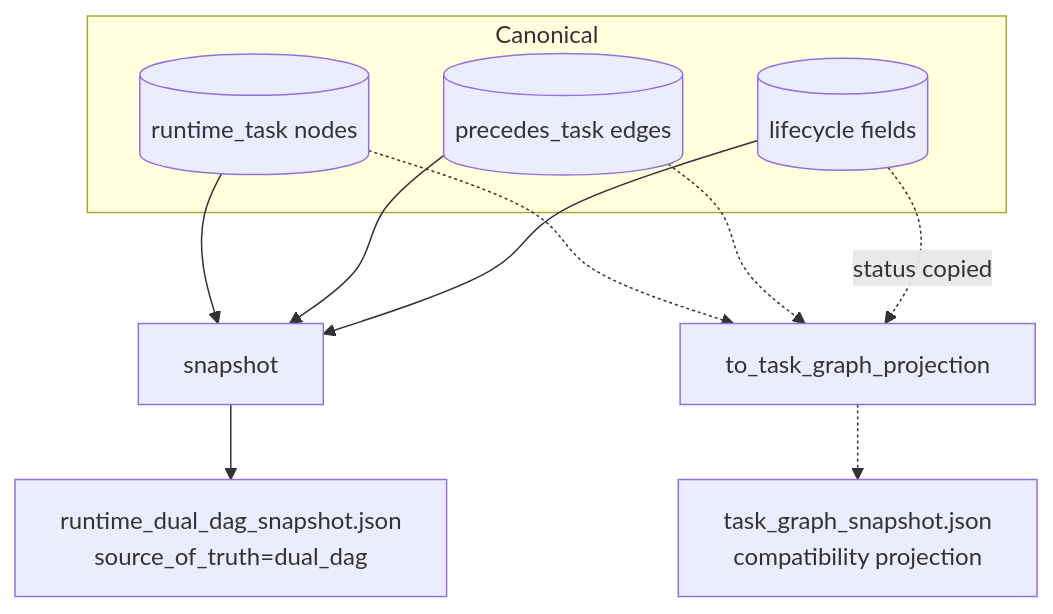
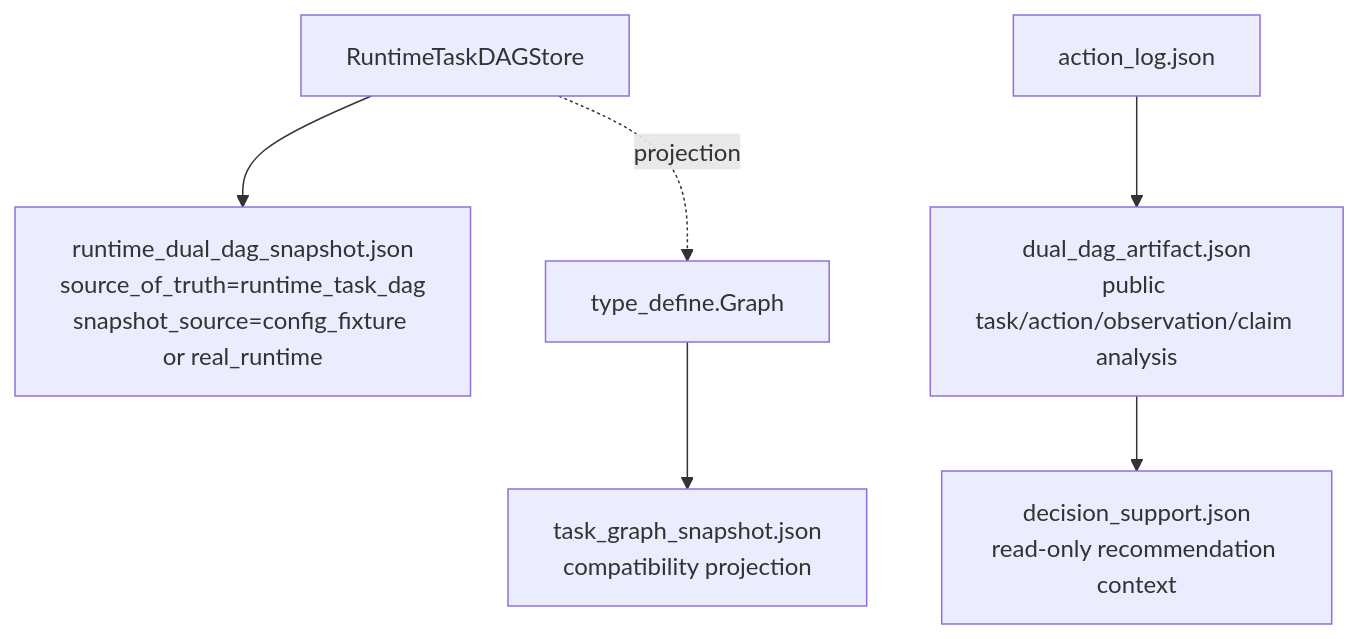
One commit to uPiscium/VillagerAgent changed the fifth of 6 diagrams in docs/architecture.md. Above: the diagram before and after it, drawn with Mermaid. The commit also changed other lines of this file and 8 other files, not shown here.

Commit message:
Document runtime task DAG boundaries (#274)

````diff
--- a/docs/architecture.md
+++ b/docs/architecture.md
@@ -251,18 +128,8 @@
 ```mermaid
 flowchart TB
-    subgraph Canonical[Canonical]
-        N[(runtime_task nodes)]
-        E[(precedes_task edges)]
-        L[(lifecycle fields)]
-    end
-
-    N --> S[snapshot]
-    E --> S
-    L --> S
-    S --> R[runtime_dual_dag_snapshot.json\nsource_of_truth=dual_dag]
-
-    N -.-> P[to_task_graph_projection]
-    E -.-> P
-    L -. status copied .-> P
-    P -.-> G[task_graph_snapshot.json\ncompatibility projection]
+    RTS[RuntimeTaskDAGStore] --> RDS[runtime_dual_dag_snapshot.json\nsource_of_truth=runtime_task_dag\nsnapshot_source=config_fixture or real_runtime]
+    RTS -. projection .-> GP[type_define.Graph]
+    GP --> TGS[task_graph_snapshot.json\ncompatibility projection]
+    LOG[action_log.json] --> MDA[dual_dag_artifact.json\npublic task/action/observation/claim analysis]
+    MDA --> DSS[decision_support.json\nread-only recommendation context]
 ```
````
